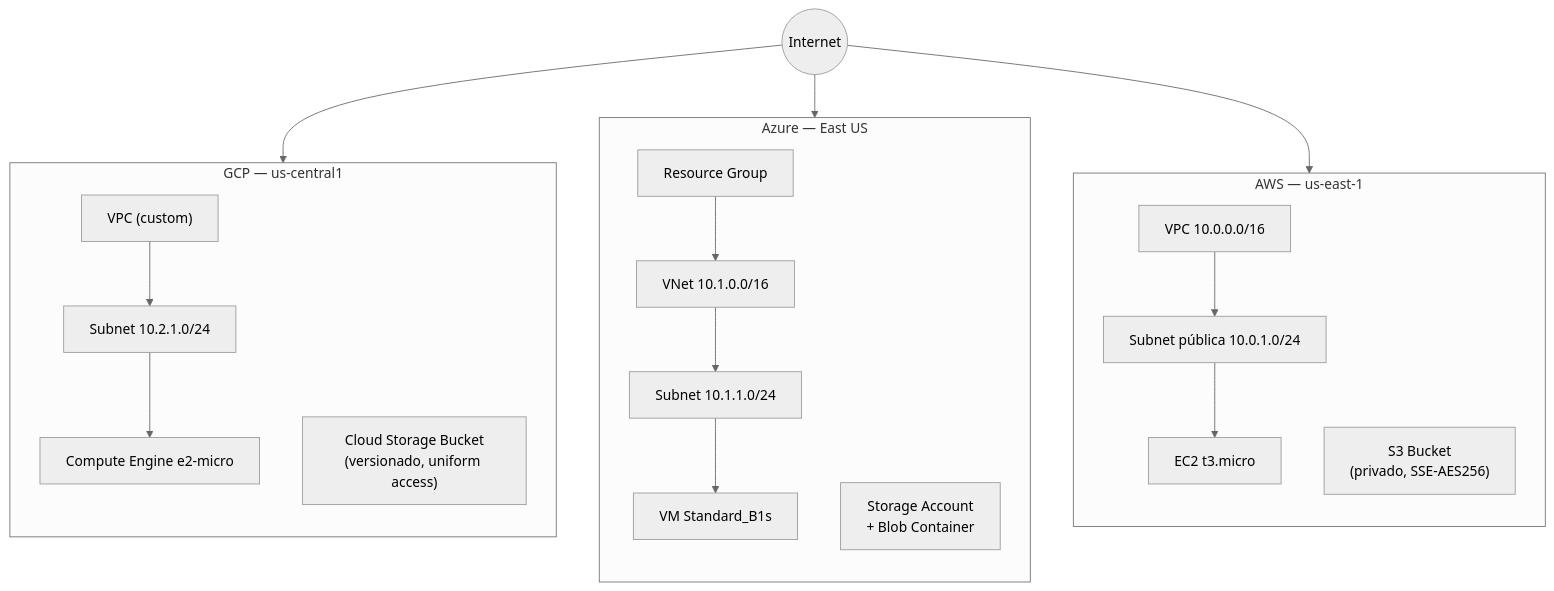
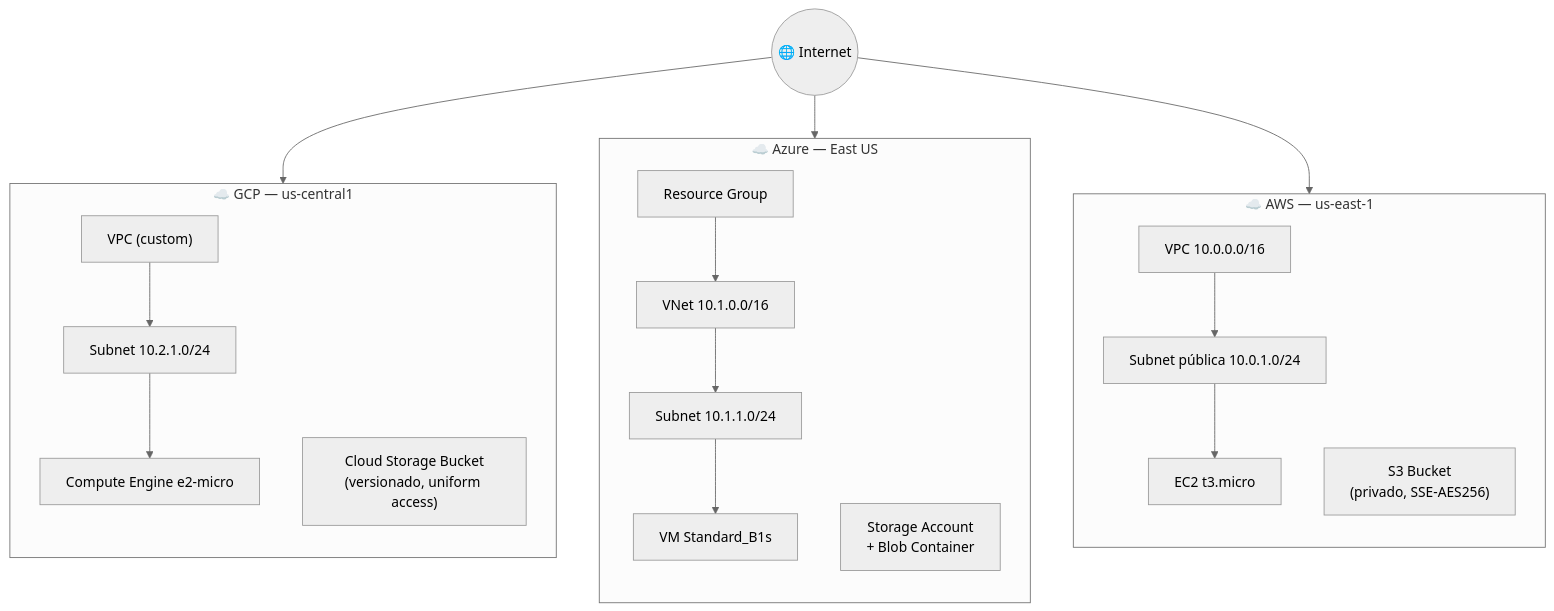
One commit to TheEdd22/multicloud-infrastructure-terraform changed the diagram in README.md. Above: the diagram before and after it, drawn with Mermaid (neutral theme). The commit also changed other lines of this file and 15 other files, not shown here.

````diff
--- a/README.md
+++ b/README.md
@@ -66,28 +64,28 @@
 ```mermaid
 flowchart TB
-    subgraph AWS["AWS — us-east-1"]
+    subgraph AWS["☁️ AWS — us-east-1"]
         direction TB
         A_VPC["VPC 10.0.0.0/16"] --> A_SUB["Subnet pública 10.0.1.0/24"]
         A_SUB --> A_EC2["EC2 t3.micro"]
         A_S3["S3 Bucket\n(privado, SSE-AES256)"]
     end
 
-    subgraph AZURE["Azure — East US"]
+    subgraph AZURE["☁️ Azure — East US"]
         direction TB
         Z_RG["Resource Group"] --> Z_VNET["VNet 10.1.0.0/16"]
         Z_VNET --> Z_SUB["Subnet 10.1.1.0/24"]
         Z_SUB --> Z_VM["VM Standard_B1s"]
         Z_SA["Storage Account\n+ Blob Container"]
     end
 
-    subgraph GCP["GCP — us-central1"]
+    subgraph GCP["☁️ GCP — us-central1"]
         direction TB
         G_VPC["VPC (custom)"] --> G_SUB["Subnet 10.2.1.0/24"]
         G_SUB --> G_CE["Compute Engine e2-micro"]
         G_GCS["Cloud Storage Bucket\n(versionado, uniform access)"]
     end
 
-    Internet(("Internet")) --> A_EC2
+    Internet(("🌐 Internet")) --> A_EC2
     Internet --> Z_VM
     Internet --> G_CE
 ```
````
